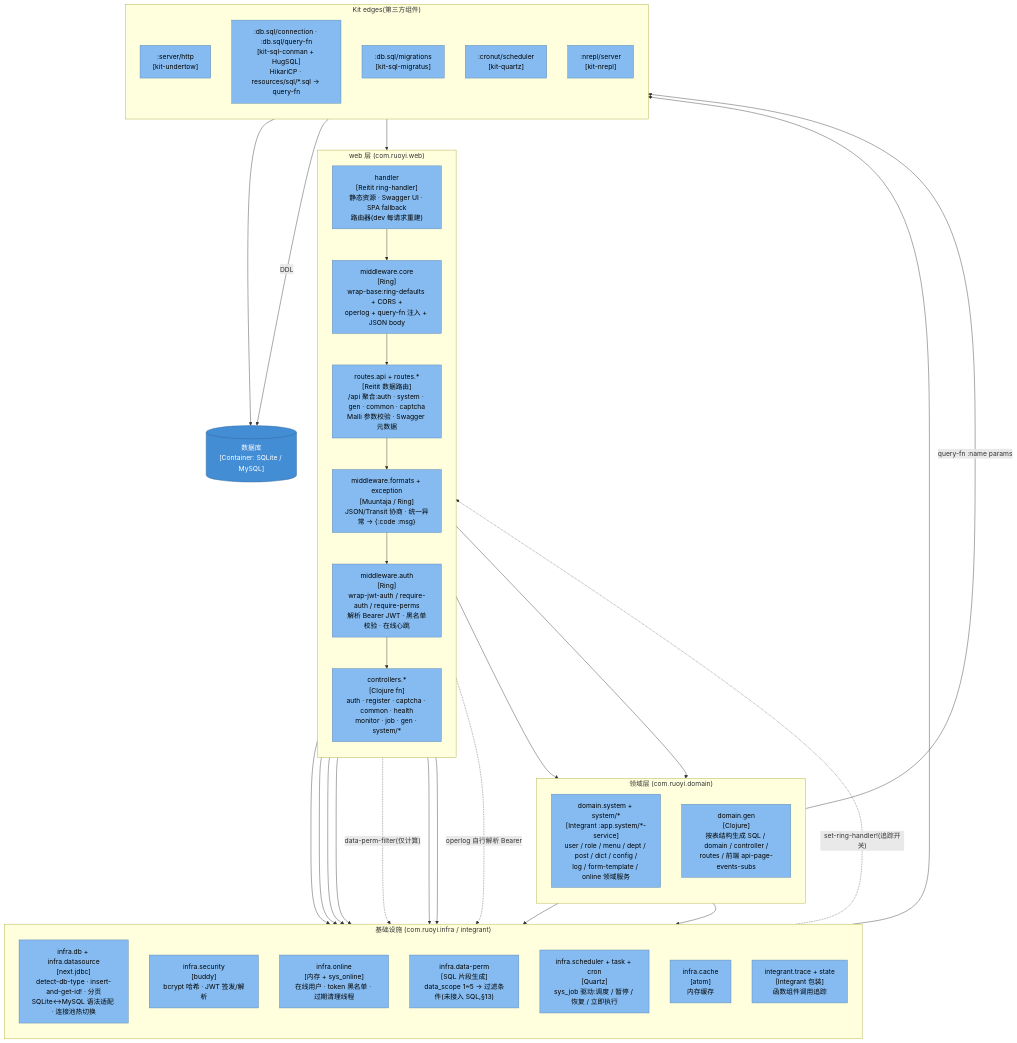
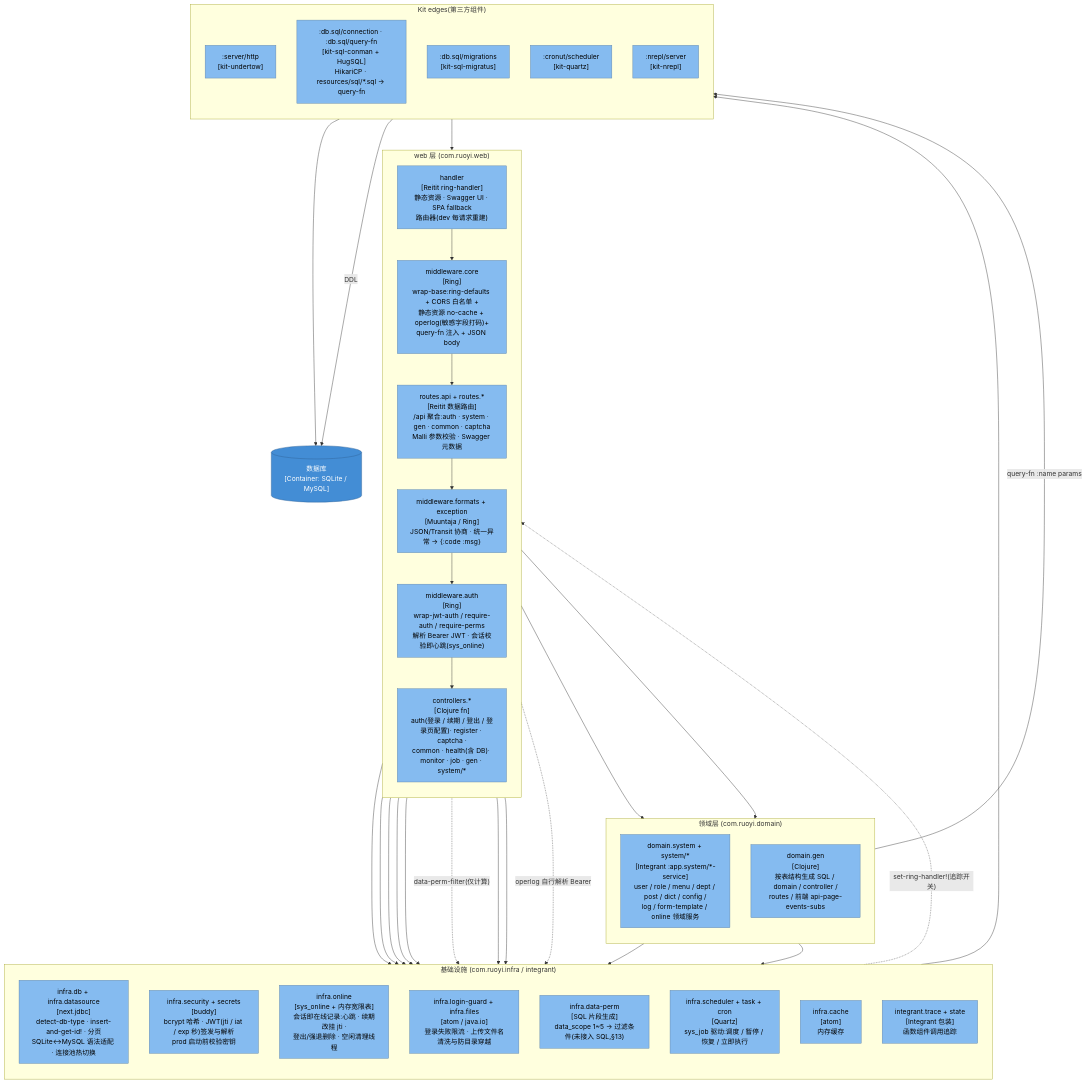
One commit to RedCreationTech/clj-cljs-template changed the third of 14 diagrams in docs/architecture/c4-model.org. Above: the diagram before and after it, drawn with Mermaid. The commit also changed other lines of this file and 257 other files, not shown here.

```diff
--- a/docs/architecture/c4-model.org
+++ b/docs/architecture/c4-model.org
@@ -141,56 +141,58 @@
 #+begin_src mermaid :file img/c4-backend-components.svg :exports results
 flowchart TB
   DB[("数据库<br/>[Container: SQLite / MySQL]")]:::container
   subgraph WEB["web 层 (com.ruoyi.web)"]
     direction TB
     handler["handler<br/>[Reitit ring-handler]<br/>静态资源 · Swagger UI · SPA fallback<br/>路由器(dev 每请求重建)"]:::comp
-    mwcore["middleware.core<br/>[Ring]<br/>wrap-base:ring-defaults + CORS +<br/>operlog + query-fn 注入 + JSON body"]:::comp
+    mwcore["middleware.core<br/>[Ring]<br/>wrap-base:ring-defaults + CORS 白名单 +<br/>静态资源 no-cache + operlog(敏感字段打码)+<br/>query-fn 注入 + JSON body"]:::comp
     routes["routes.api + routes.*<br/>[Reitit 数据路由]<br/>/api 聚合:auth · system · gen · common · captcha<br/>Malli 参数校验 · Swagger 元数据"]:::comp
     mwfmt["middleware.formats + exception<br/>[Muuntaja / Ring]<br/>JSON/Transit 协商 · 统一异常 → {:code :msg}"]:::comp
-    mwauth["middleware.auth<br/>[Ring]<br/>wrap-jwt-auth / require-auth / require-perms<br/>解析 Bearer JWT · 黑名单校验 · 在线心跳"]:::comp
-    ctrl["controllers.*<br/>[Clojure fn]<br/>auth · register · captcha · common · health<br/>monitor · job · gen · system/*"]:::comp
+    mwauth["middleware.auth<br/>[Ring]<br/>wrap-jwt-auth / require-auth / require-perms<br/>解析 Bearer JWT · 会话校验即心跳(sys_online)"]:::comp
+    ctrl["controllers.*<br/>[Clojure fn]<br/>auth(登录 / 续期 / 登出 / 登录页配置)· register · captcha ·<br/>common · health(含 DB)· monitor · job · gen · system/*"]:::comp
   end
   subgraph DOM["领域层 (com.ruoyi.domain)"]
     direction TB
     dsys["domain.system + system/*<br/>[Integrant :app.system/*-service]<br/>user / role / menu / dept / post / dict / config /<br/>log / form-template / online 领域服务"]:::comp
     dgen["domain.gen<br/>[Clojure]<br/>按表结构生成 SQL / domain / controller /<br/>routes / 前端 api-page-events-subs"]:::comp
   end
   subgraph INFRA["基础设施 (com.ruoyi.infra / integrant)"]
     direction TB
     idb["infra.db + infra.datasource<br/>[next.jdbc]<br/>detect-db-type · insert-and-get-id! · 分页<br/>SQLite↔MySQL 语法适配 · 连接池热切换"]:::comp
-    isec["infra.security<br/>[buddy]<br/>bcrypt 哈希 · JWT 签发/解析"]:::comp
-    ionl["infra.online<br/>[内存 + sys_online]<br/>在线用户 · token 黑名单 · 过期清理线程"]:::comp
+    isec["infra.security + secrets<br/>[buddy]<br/>bcrypt 哈希 · JWT(jti / iat / exp 秒)签发与解析<br/>prod 启动前校验密钥"]:::comp
+    ionl["infra.online<br/>[sys_online + 内存宽限表]<br/>会话即在线记录:心跳 · 续期改挂 jti ·<br/>登出/强退删除 · 空闲清理线程"]:::comp
+    iguard["infra.login-guard + infra.files<br/>[atom / java.io]<br/>登录失败限流 · 上传文件名清洗与防目录穿越"]:::comp
     idp["infra.data-perm<br/>[SQL 片段生成]<br/>data_scope 1~5 → 过滤条件(未接入 SQL,§13)"]:::comp
     isch["infra.scheduler + task + cron<br/>[Quartz]<br/>sys_job 驱动:调度 / 暂停 / 恢复 / 立即执行"]:::comp
     icache["infra.cache<br/>[atom]<br/>内存缓存"]:::comp
     itrace["integrant.trace + state<br/>[Integrant 包装]<br/>函数组件调用追踪"]:::comp
   end
   subgraph EDGE["Kit edges(第三方组件)"]
     direction TB
     undertow[":server/http<br/>[kit-undertow]"]:::comp
     conman[":db.sql/connection · :db.sql/query-fn<br/>[kit-sql-conman + HugSQL]<br/>HikariCP · resources/sql/*.sql → query-fn"]:::comp
     migratus[":db.sql/migrations<br/>[kit-sql-migratus]"]:::comp
     quartz[":cronut/scheduler<br/>[kit-quartz]"]:::comp
     nrepl[":nrepl/server<br/>[kit-nrepl]"]:::comp
   end
   undertow --> handler --> mwcore --> routes --> mwfmt --> mwauth --> ctrl
   ctrl --> dsys
   ctrl --> dgen
   ctrl --> isch
   ctrl --> ionl
   ctrl --> isec
+  ctrl --> iguard
   ctrl --> icache
   ctrl -. "data-perm-filter(仅计算)" .-> idp
   mwauth --> isec
   mwauth --> ionl
   mwcore -. "operlog 自行解析 Bearer" .-> isec
   dsys -- "query-fn :name params" --> conman
   dsys --> idb
   dgen --> idb
   conman --> DB
   migratus -- DDL --> DB
   isch --> quartz
   itrace -. "set-ring-handler!(追踪开关)" .-> handler
   classDef container fill:#438dd5,stroke:#2e6295,color:#fff
   classDef comp fill:#85bbf0,stroke:#5d82a8,color:#000
 #+end_src
```
